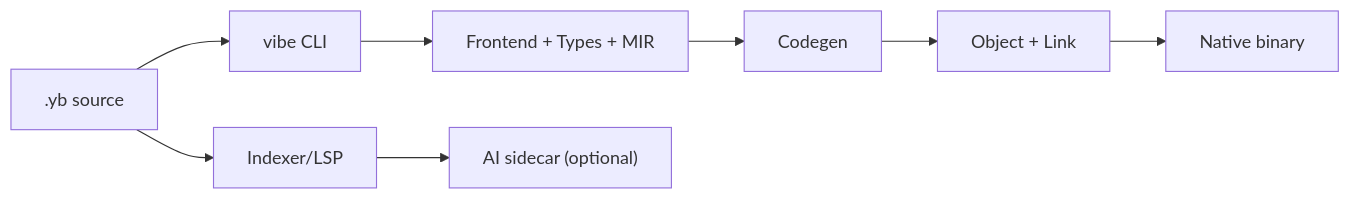
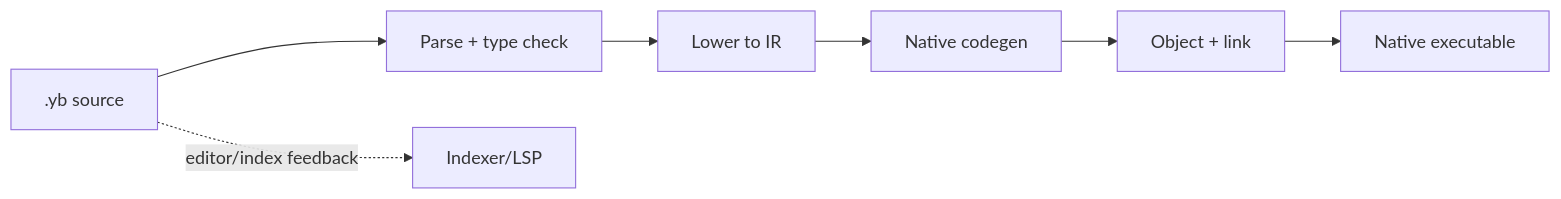
The second of 3 diagrams in README.md (skhan75/Vibelang), drawn with Mermaid before and after one commit. The commit also changed other lines of this file and 2 other files, not shown here.

````diff
--- a/README.md
+++ b/README.md
@@ -179,10 +199,9 @@
 ```mermaid
 flowchart LR
-  A[".yb source"] --> B["vibe CLI"]
-  B --> C["Frontend + Types + MIR"]
-  C --> D["Codegen"]
-  D --> E["Object + Link"]
-  E --> F["Native binary"]
-  A --> G["Indexer/LSP"]
-  G --> H["AI sidecar (optional)"]
+  A[".yb source"] --> B["Parse + type check"]
+  B --> C["Lower to IR"]
+  C --> D["Native codegen"]
+  D --> E["Object + link"]
+  E --> F["Native executable"]
+  A -. "editor/index feedback" .-> G["Indexer/LSP"]
 ```
````
